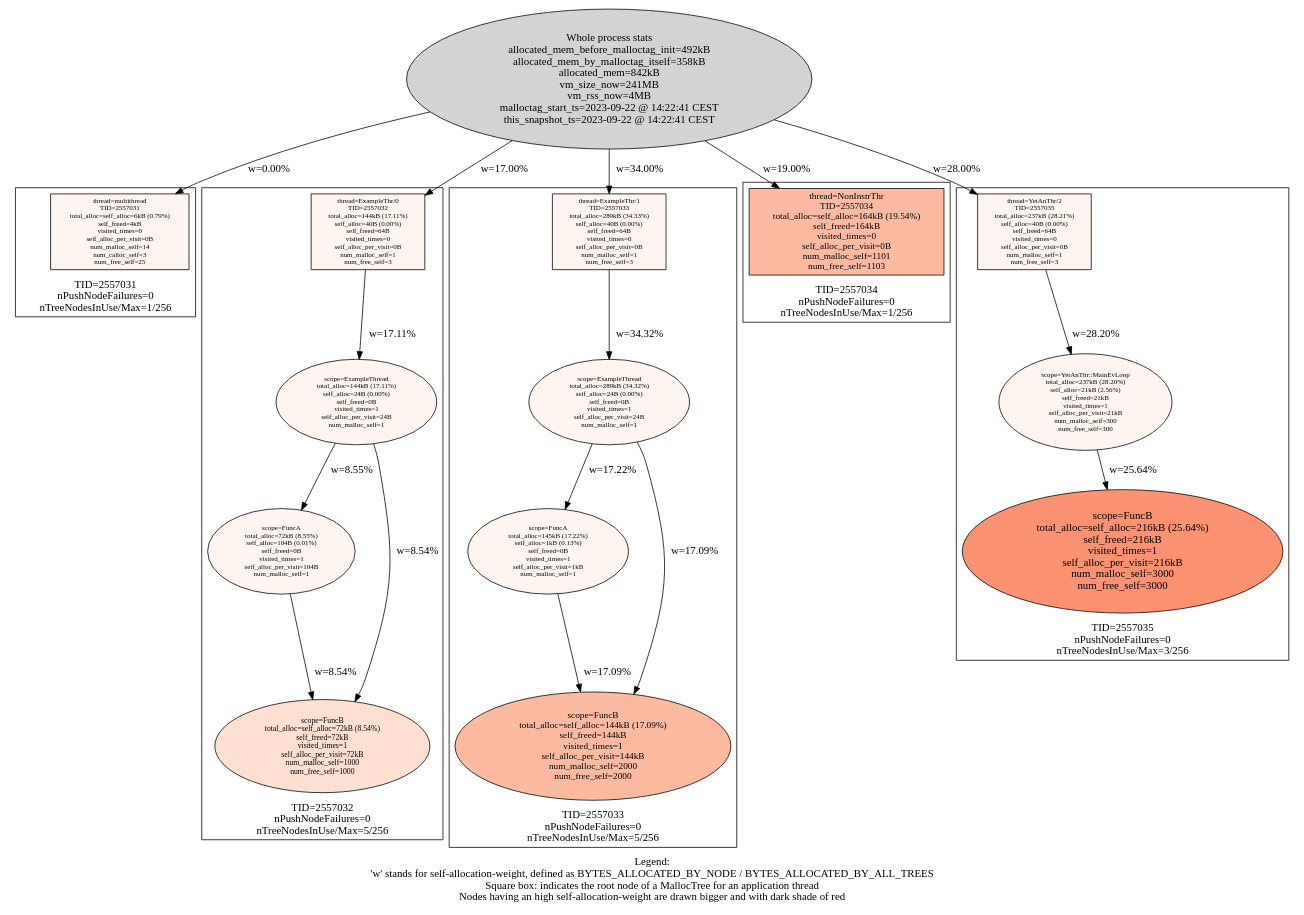
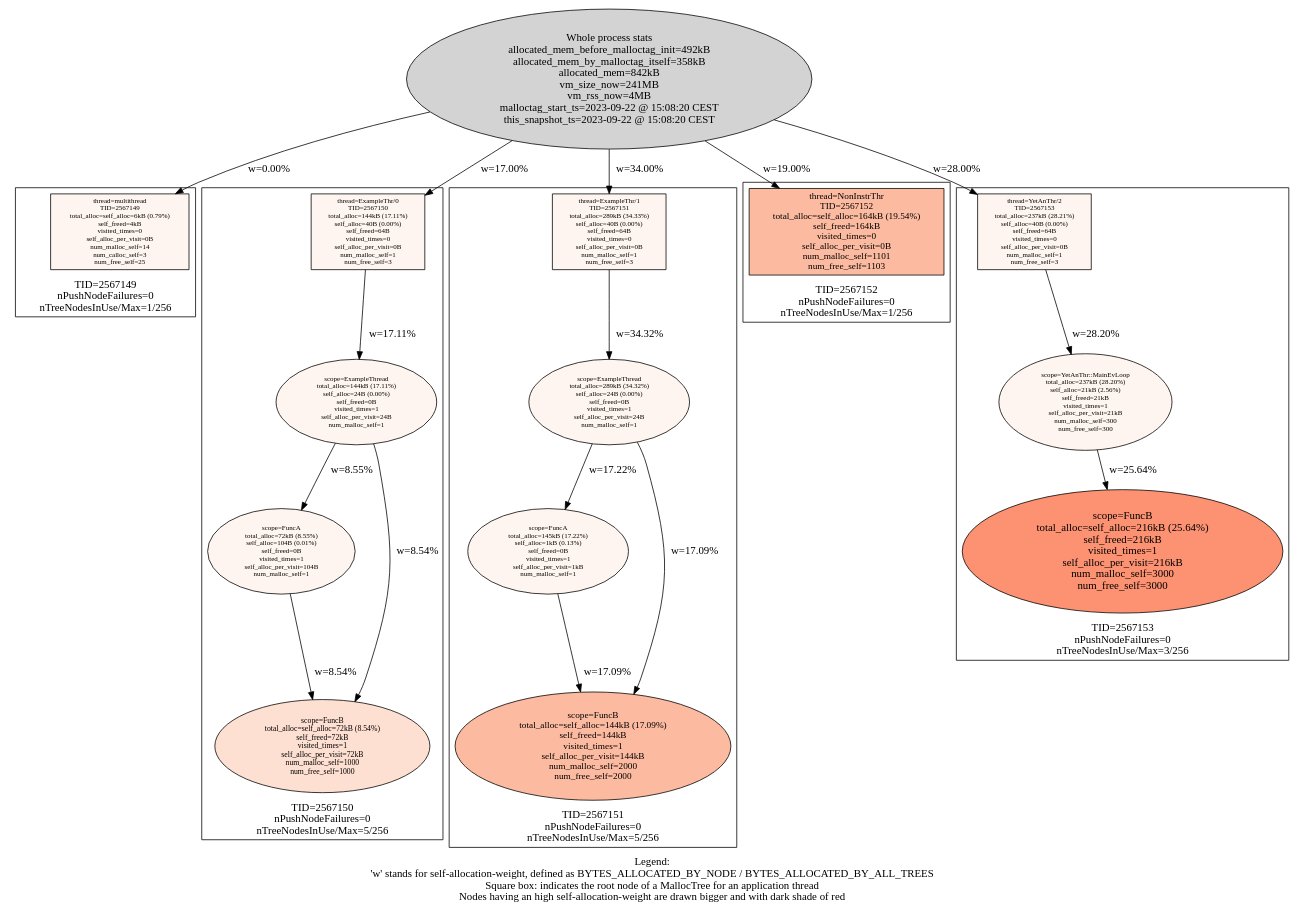
One commit to f18m/malloc-tag changed the diagram in examples/multithread/multithread_stats.dot. Above: the diagram before and after it, drawn with Graphviz. The commit also changed 10 other files, not shown here.

```diff
--- a/examples/multithread/multithread_stats.dot
+++ b/examples/multithread/multithread_stats.dot
@@ -1,82 +1,82 @@
 digraph AllMallocTrees {
  node [colorscheme=reds9 style=filled]
-  "Process 2557031" [label="Whole process stats\nallocated_mem_before_malloctag_init=492kB\nallocated_mem_by_malloctag_itself=358kB\nallocated_mem=842kB\nvm_size_now=241MB\nvm_rss_now=4MB\nmalloctag_start_ts=2023-09-22 @ 14:22:41 CEST\nthis_snapshot_ts=2023-09-22 @ 14:22:41 CEST\n"
+  "Process 2567149" [label="Whole process stats\nallocated_mem_before_malloctag_init=492kB\nallocated_mem_by_malloctag_itself=358kB\nallocated_mem=842kB\nvm_size_now=241MB\nvm_rss_now=4MB\nmalloctag_start_ts=2023-09-22 @ 15:08:20 CEST\nthis_snapshot_ts=2023-09-22 @ 15:08:20 CEST\n"
 ]
- subgraph cluster_TID2557031 {
+ subgraph cluster_TID2567149 {
   node [colorscheme=reds9 style=filled]
   labelloc="b"
-  label="TID=2557031\nnPushNodeFailures=0\nnTreeNodesInUse/Max=1/256\n"
-  "2557031_multithread" [label="thread=multithread\nTID=2557031\ntotal_alloc=self_alloc=6kB (0.79%)\nself_freed=4kB\nvisited_times=0\nself_alloc_per_visit=0B\nnum_malloc_self=14\nnum_calloc_self=3\nnum_free_self=25\n"
+  label="TID=2567149\nnPushNodeFailures=0\nnTreeNodesInUse/Max=1/256\n"
+  "2567149_multithread" [label="thread=multithread\nTID=2567149\ntotal_alloc=self_alloc=6kB (0.79%)\nself_freed=4kB\nvisited_times=0\nself_alloc_per_visit=0B\nnum_malloc_self=14\nnum_calloc_self=3\nnum_free_self=25\n"
  shape=box fillcolor=1 fontsize=9]
  }
 
-  "Process 2557031" -> "2557031_multithread" [label="w=0.00%"]
- subgraph cluster_TID2557032 {
+  "Process 2567149" -> "2567149_multithread" [label="w=0.00%"]
+ subgraph cluster_TID2567150 {
   node [colorscheme=reds9 style=filled]
   labelloc="b"
-  label="TID=2557032\nnPushNodeFailures=0\nnTreeNodesInUse/Max=5/256\n"
-  "2557032_ExampleThr/0" [label="thread=ExampleThr/0\nTID=2557032\ntotal_alloc=144kB (17.11%)\nself_alloc=40B (0.00%)\nself_freed=64B\nvisited_times=0\nself_alloc_per_visit=0B\nnum_malloc_self=1\nnum_free_self=3\n"
+  label="TID=2567150\nnPushNodeFailures=0\nnTreeNodesInUse/Max=5/256\n"
+  "2567150_ExampleThr/0" [label="thread=ExampleThr/0\nTID=2567150\ntotal_alloc=144kB (17.11%)\nself_alloc=40B (0.00%)\nself_freed=64B\nvisited_times=0\nself_alloc_per_visit=0B\nnum_malloc_self=1\nnum_free_self=3\n"
  shape=box fillcolor=1 fontsize=9]
-  "2557032_ExampleThr/0" -> "2557032_ExampleThread" [label="w=17.11%"]
-  "2557032_ExampleThread" [label="scope=ExampleThread\ntotal_alloc=144kB (17.11%)\nself_alloc=24B (0.00%)\nself_freed=0B\nvisited_times=1\nself_alloc_per_visit=24B\nnum_malloc_self=1\n"
+  "2567150_ExampleThr/0" -> "2567150_ExampleThread" [label="w=17.11%"]
+  "2567150_ExampleThread" [label="scope=ExampleThread\ntotal_alloc=144kB (17.11%)\nself_alloc=24B (0.00%)\nself_freed=0B\nvisited_times=1\nself_alloc_per_visit=24B\nnum_malloc_self=1\n"
  fillcolor=1 fontsize=9]
-  "2557032_ExampleThread" -> "2557032_FuncA" [label="w=8.55%"]
-  "2557032_ExampleThread" -> "2557032_FuncB" [label="w=8.54%"]
-  "2557032_FuncA" [label="scope=FuncA\ntotal_alloc=72kB (8.55%)\nself_alloc=104B (0.01%)\nself_freed=0B\nvisited_times=1\nself_alloc_per_visit=104B\nnum_malloc_self=1\n"
+  "2567150_ExampleThread" -> "2567150_FuncA" [label="w=8.55%"]
+  "2567150_ExampleThread" -> "2567150_FuncB" [label="w=8.54%"]
+  "2567150_FuncA" [label="scope=FuncA\ntotal_alloc=72kB (8.55%)\nself_alloc=104B (0.01%)\nself_freed=0B\nvisited_times=1\nself_alloc_per_visit=104B\nnum_malloc_self=1\n"
  fillcolor=1 fontsize=9]
-  "2557032_FuncA" -> "2557032_FuncB" [label="w=8.54%"]
-  "2557032_FuncB" [label="scope=FuncB\ntotal_alloc=self_alloc=72kB (8.54%)\nself_freed=72kB\nvisited_times=1\nself_alloc_per_visit=72kB\nnum_malloc_self=1000\nnum_free_self=1000\n"
+  "2567150_FuncA" -> "2567150_FuncB" [label="w=8.54%"]
+  "2567150_FuncB" [label="scope=FuncB\ntotal_alloc=self_alloc=72kB (8.54%)\nself_freed=72kB\nvisited_times=1\nself_alloc_per_visit=72kB\nnum_malloc_self=1000\nnum_free_self=1000\n"
  fillcolor=2 fontsize=10]
-  "2557032_FuncB" [label="scope=FuncB\ntotal_alloc=self_alloc=72kB (8.54%)\nself_freed=72kB\nvisited_times=1\nself_alloc_per_visit=72kB\nnum_malloc_self=1000\nnum_free_self=1000\n"
+  "2567150_FuncB" [label="scope=FuncB\ntotal_alloc=self_alloc=72kB (8.54%)\nself_freed=72kB\nvisited_times=1\nself_alloc_per_visit=72kB\nnum_malloc_self=1000\nnum_free_self=1000\n"
  fillcolor=2 fontsize=10]
  }
 
-  "Process 2557031" -> "2557032_ExampleThr/0" [label="w=17.00%"]
- subgraph cluster_TID2557033 {
+  "Process 2567149" -> "2567150_ExampleThr/0" [label="w=17.00%"]
+ subgraph cluster_TID2567151 {
   node [colorscheme=reds9 style=filled]
   labelloc="b"
-  label="TID=2557033\nnPushNodeFailures=0\nnTreeNodesInUse/Max=5/256\n"
-  "2557033_ExampleThr/1" [label="thread=ExampleThr/1\nTID=2557033\ntotal_alloc=289kB (34.33%)\nself_alloc=40B (0.00%)\nself_freed=64B\nvisited_times=0\nself_alloc_per_visit=0B\nnum_malloc_self=1\nnum_free_self=3\n"
+  label="TID=2567151\nnPushNodeFailures=0\nnTreeNodesInUse/Max=5/256\n"
+  "2567151_ExampleThr/1" [label="thread=ExampleThr/1\nTID=2567151\ntotal_alloc=289kB (34.33%)\nself_alloc=40B (0.00%)\nself_freed=64B\nvisited_times=0\nself_alloc_per_visit=0B\nnum_malloc_self=1\nnum_free_self=3\n"
  shape=box fillcolor=1 fontsize=9]
-  "2557033_ExampleThr/1" -> "2557033_ExampleThread" [label="w=34.32%"]
-  "2557033_ExampleThread" [label="scope=ExampleThread\ntotal_alloc=289kB (34.32%)\nself_alloc=24B (0.00%)\nself_freed=0B\nvisited_times=1\nself_alloc_per_visit=24B\nnum_malloc_self=1\n"
+  "2567151_ExampleThr/1" -> "2567151_ExampleThread" [label="w=34.32%"]
+  "2567151_ExampleThread" [label="scope=ExampleThread\ntotal_alloc=289kB (34.32%)\nself_alloc=24B (0.00%)\nself_freed=0B\nvisited_times=1\nself_alloc_per_visit=24B\nnum_malloc_self=1\n"
  fillcolor=1 fontsize=9]
-  "2557033_ExampleThread" -> "2557033_FuncA" [label="w=17.22%"]
-  "2557033_ExampleThread" -> "2557033_FuncB" [label="w=17.09%"]
-  "2557033_FuncA" [label="scope=FuncA\ntotal_alloc=145kB (17.22%)\nself_alloc=1kB (0.13%)\nself_freed=0B\nvisited_times=1\nself_alloc_per_visit=1kB\nnum_malloc_self=1\n"
+  "2567151_ExampleThread" -> "2567151_FuncA" [label="w=17.22%"]
+  "2567151_ExampleThread" -> "2567151_FuncB" [label="w=17.09%"]
+  "2567151_FuncA" [label="scope=FuncA\ntotal_alloc=145kB (17.22%)\nself_alloc=1kB (0.13%)\nself_freed=0B\nvisited_times=1\nself_alloc_per_visit=1kB\nnum_malloc_self=1\n"
  fillcolor=1 fontsize=9]
-  "2557033_FuncA" -> "2557033_FuncB" [label="w=17.09%"]
-  "2557033_FuncB" [label="scope=FuncB\ntotal_alloc=self_alloc=144kB (17.09%)\nself_freed=144kB\nvisited_times=1\nself_alloc_per_visit=144kB\nnum_malloc_self=2000\nnum_free_self=2000\n"
+  "2567151_FuncA" -> "2567151_FuncB" [label="w=17.09%"]
+  "2567151_FuncB" [label="scope=FuncB\ntotal_alloc=self_alloc=144kB (17.09%)\nself_freed=144kB\nvisited_times=1\nself_alloc_per_visit=144kB\nnum_malloc_self=2000\nnum_free_self=2000\n"
  fillcolor=3 fontsize=12]
-  "2557033_FuncB" [label="scope=FuncB\ntotal_alloc=self_alloc=144kB (17.09%)\nself_freed=144kB\nvisited_times=1\nself_alloc_per_visit=144kB\nnum_malloc_self=2000\nnum_free_self=2000\n"
+  "2567151_FuncB" [label="scope=FuncB\ntotal_alloc=self_alloc=144kB (17.09%)\nself_freed=144kB\nvisited_times=1\nself_alloc_per_visit=144kB\nnum_malloc_self=2000\nnum_free_self=2000\n"
  fillcolor=3 fontsize=12]
  }
 
-  "Process 2557031" -> "2557033_ExampleThr/1" [label="w=34.00%"]
- subgraph cluster_TID2557034 {
+  "Process 2567149" -> "2567151_ExampleThr/1" [label="w=34.00%"]
+ subgraph cluster_TID2567152 {
   node [colorscheme=reds9 style=filled]
   labelloc="b"
-  label="TID=2557034\nnPushNodeFailures=0\nnTreeNodesInUse/Max=1/256\n"
-  "2557034_NonInstrThr" [label="thread=NonInstrThr\nTID=2557034\ntotal_alloc=self_alloc=164kB (19.54%)\nself_freed=164kB\nvisited_times=0\nself_alloc_per_visit=0B\nnum_malloc_self=1101\nnum_free_self=1103\n"
+  label="TID=2567152\nnPushNodeFailures=0\nnTreeNodesInUse/Max=1/256\n"
+  "2567152_NonInstrThr" [label="thread=NonInstrThr\nTID=2567152\ntotal_alloc=self_alloc=164kB (19.54%)\nself_freed=164kB\nvisited_times=0\nself_alloc_per_visit=0B\nnum_malloc_self=1101\nnum_free_self=1103\n"
  shape=box fillcolor=3 fontsize=12]
  }
 
-  "Process 2557031" -> "2557034_NonInstrThr" [label="w=19.00%"]
- subgraph cluster_TID2557035 {
+  "Process 2567149" -> "2567152_NonInstrThr" [label="w=19.00%"]
+ subgraph cluster_TID2567153 {
   node [colorscheme=reds9 style=filled]
   labelloc="b"
-  label="TID=2557035\nnPushNodeFailures=0\nnTreeNodesInUse/Max=3/256\n"
-  "2557035_YetAnThr/2" [label="thread=YetAnThr/2\nTID=2557035\ntotal_alloc=237kB (28.21%)\nself_alloc=40B (0.00%)\nself_freed=64B\nvisited_times=0\nself_alloc_per_visit=0B\nnum_malloc_self=1\nnum_free_self=3\n"
+  label="TID=2567153\nnPushNodeFailures=0\nnTreeNodesInUse/Max=3/256\n"
+  "2567153_YetAnThr/2" [label="thread=YetAnThr/2\nTID=2567153\ntotal_alloc=237kB (28.21%)\nself_alloc=40B (0.00%)\nself_freed=64B\nvisited_times=0\nself_alloc_per_visit=0B\nnum_malloc_self=1\nnum_free_self=3\n"
  shape=box fillcolor=1 fontsize=9]
-  "2557035_YetAnThr/2" -> "2557035_YetAnThr::MainEvLoop" [label="w=28.20%"]
-  "2557035_YetAnThr::MainEvLoop" [label="scope=YetAnThr::MainEvLoop\ntotal_alloc=237kB (28.20%)\nself_alloc=21kB (2.56%)\nself_freed=21kB\nvisited_times=1\nself_alloc_per_visit=21kB\nnum_malloc_self=300\nnum_free_self=300\n"
+  "2567153_YetAnThr/2" -> "2567153_YetAnThr::MainEvLoop" [label="w=28.20%"]
+  "2567153_YetAnThr::MainEvLoop" [label="scope=YetAnThr::MainEvLoop\ntotal_alloc=237kB (28.20%)\nself_alloc=21kB (2.56%)\nself_freed=21kB\nvisited_times=1\nself_alloc_per_visit=21kB\nnum_malloc_self=300\nnum_free_self=300\n"
  fillcolor=1 fontsize=9]
-  "2557035_YetAnThr::MainEvLoop" -> "2557035_FuncB" [label="w=25.64%"]
-  "2557035_FuncB" [label="scope=FuncB\ntotal_alloc=self_alloc=216kB (25.64%)\nself_freed=216kB\nvisited_times=1\nself_alloc_per_visit=216kB\nnum_malloc_self=3000\nnum_free_self=3000\n"
+  "2567153_YetAnThr::MainEvLoop" -> "2567153_FuncB" [label="w=25.64%"]
+  "2567153_FuncB" [label="scope=FuncB\ntotal_alloc=self_alloc=216kB (25.64%)\nself_freed=216kB\nvisited_times=1\nself_alloc_per_visit=216kB\nnum_malloc_self=3000\nnum_free_self=3000\n"
  fillcolor=4 fontsize=14]
  }
 
-  "Process 2557031" -> "2557035_YetAnThr/2" [label="w=28.00%"]
+  "Process 2567149" -> "2567153_YetAnThr/2" [label="w=28.00%"]
  labelloc="b"
  label="Legend:\n'w' stands for self-allocation-weight, defined as BYTES_ALLOCATED_BY_NODE / BYTES_ALLOCATED_BY_ALL_TREES\nSquare box: indicates the root node of a MallocTree for an application thread\nNodes having an high self-allocation-weight are drawn bigger and with dark shade of red\n"
 }
```
